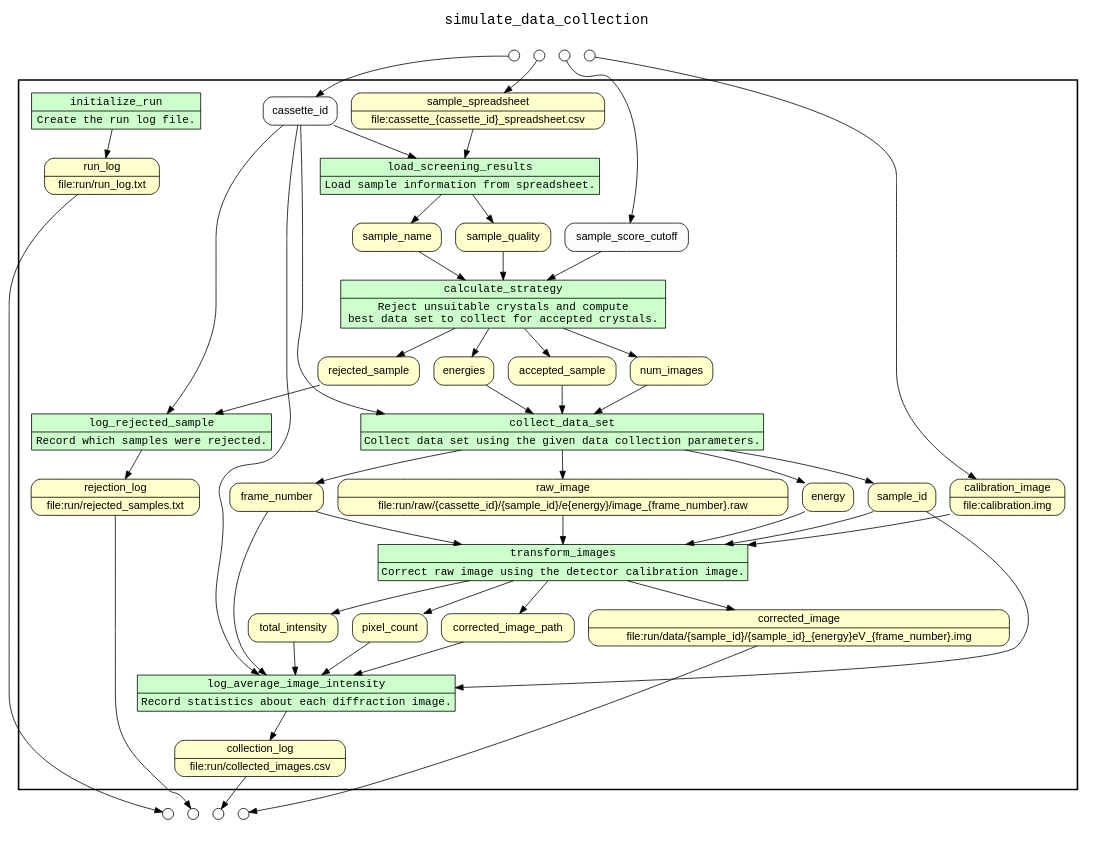
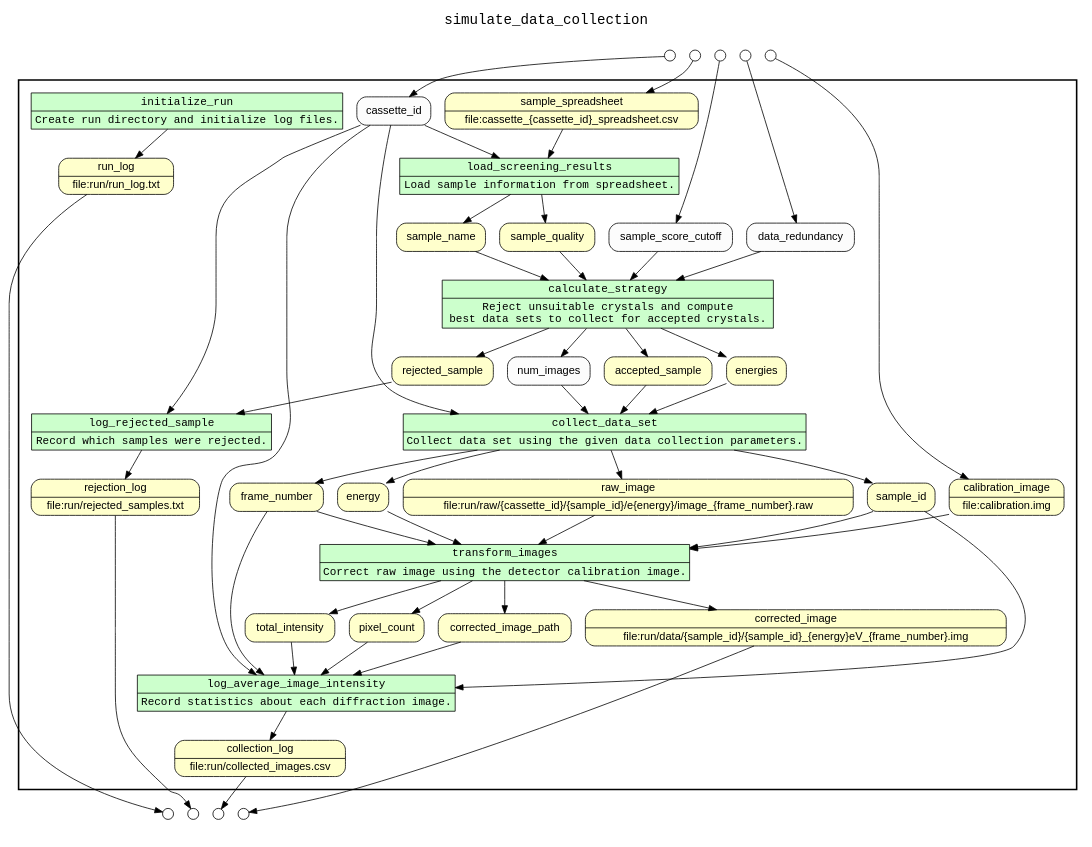
Before and after one commit to yesworkflow-org/yw-prototypes: the diagram in src/main/resources/examples/simulate_data_collection/yw/combined.gv, drawn with Graphviz. The commit also changed 145 other files, not shown here.

```diff
--- a/src/main/resources/examples/simulate_data_collection/yw/combined.gv
+++ b/src/main/resources/examples/simulate_data_collection/yw/combined.gv
@@ -1,146 +1,150 @@
 
 /* Start of top-level graph */
 digraph Workflow {
 rankdir=TB
 
 /* Title for graph */
 fontname=Courier; fontsize=18; labelloc=t
 label=simulate_data_collection
 
 /* Start of double cluster for drawing box around nodes in workflow */
 subgraph cluster_workflow_box_outer { label=""; color=black; penwidth=2
 subgraph cluster_workflow_box_inner { label=""; color=white
 
 /* Style for nodes representing atomic programs in workflow */
 node[shape=box style=filled fillcolor="#CCFFCC" peripheries=1 fontname=Courier]
 
 /* Nodes representing atomic programs in workflow */
-initialize_run [shape=record rankdir=LR label="{<f0> initialize_run |<f1> Create the run log file.}"];
+initialize_run [shape=record rankdir=LR label="{<f0> initialize_run |<f1> Create run directory and initialize log files.}"];
 load_screening_results [shape=record rankdir=LR label="{<f0> load_screening_results |<f1> Load sample information from spreadsheet.}"];
-calculate_strategy [shape=record rankdir=LR label="{<f0> calculate_strategy |<f1> Reject unsuitable crystals and compute \n best data set to collect for accepted crystals.}"];
+calculate_strategy [shape=record rankdir=LR label="{<f0> calculate_strategy |<f1> Reject unsuitable crystals and compute \n best data sets to collect for accepted crystals.}"];
 log_rejected_sample [shape=record rankdir=LR label="{<f0> log_rejected_sample |<f1> Record which samples were rejected.}"];
 collect_data_set [shape=record rankdir=LR label="{<f0> collect_data_set |<f1> Collect data set using the given data collection parameters.}"];
 transform_images [shape=record rankdir=LR label="{<f0> transform_images |<f1> Correct raw image using the detector calibration image.}"];
 log_average_image_intensity [shape=record rankdir=LR label="{<f0> log_average_image_intensity |<f1> Record statistics about each diffraction image.}"];
 
 /* Style for nodes representing non-parameter data channels in workflow */
 node[shape=box style="rounded,filled" fillcolor="#FFFFCC" peripheries=1 fontname=Helvetica]
 
 /* Nodes for non-parameter data channels in workflow */
 corrected_image [shape=record rankdir=LR label="{<f0> corrected_image |<f1> file\:run/data/\{sample_id\}/\{sample_id\}_\{energy\}eV_\{frame_number\}.img}"];
 run_log [shape=record rankdir=LR label="{<f0> run_log |<f1> file\:run/run_log.txt}"];
 collection_log [shape=record rankdir=LR label="{<f0> collection_log |<f1> file\:run/collected_images.csv}"];
 rejection_log [shape=record rankdir=LR label="{<f0> rejection_log |<f1> file\:run/rejected_samples.txt}"];
 sample_spreadsheet [shape=record rankdir=LR label="{<f0> sample_spreadsheet |<f1> file\:cassette_\{cassette_id\}_spreadsheet.csv}"];
 sample_name
 sample_quality
 rejected_sample
 accepted_sample
-num_images
 energies
 sample_id
 energy
 frame_number
 raw_image [shape=record rankdir=LR label="{<f0> raw_image |<f1> file\:run/raw/\{cassette_id\}/\{sample_id\}/e\{energy\}/image_\{frame_number\}.raw}"];
 calibration_image [shape=record rankdir=LR label="{<f0> calibration_image |<f1> file\:calibration.img}"];
 corrected_image_path
 total_intensity
 pixel_count
 
 /* Style for nodes representing parameter channels in workflow */
 node[shape=box style="rounded,filled" fillcolor="#FCFCFC" peripheries=1 fontname=Helvetica]
 
 /* Nodes representing parameter channels in workflow */
 cassette_id
 sample_score_cutoff
+data_redundancy
+num_images
 
 /* Edges representing connections between programs and channels */
 initialize_run -> run_log
 load_screening_results -> sample_name
 load_screening_results -> sample_quality
 cassette_id -> load_screening_results
 sample_spreadsheet -> load_screening_results
 calculate_strategy -> accepted_sample
 calculate_strategy -> rejected_sample
 calculate_strategy -> num_images
 calculate_strategy -> energies
 sample_score_cutoff -> calculate_strategy
+data_redundancy -> calculate_strategy
 sample_name -> calculate_strategy
 sample_quality -> calculate_strategy
 log_rejected_sample -> rejection_log
 cassette_id -> log_rejected_sample
 rejected_sample -> log_rejected_sample
 collect_data_set -> sample_id
 collect_data_set -> energy
 collect_data_set -> frame_number
 collect_data_set -> raw_image
 cassette_id -> collect_data_set
+num_images -> collect_data_set
 accepted_sample -> collect_data_set
-num_images -> collect_data_set
 energies -> collect_data_set
 transform_images -> corrected_image
 transform_images -> corrected_image_path
 transform_images -> total_intensity
 transform_images -> pixel_count
 sample_id -> transform_images
 energy -> transform_images
 frame_number -> transform_images
 raw_image -> transform_images
 calibration_image -> transform_images
 log_average_image_intensity -> collection_log
 cassette_id -> log_average_image_intensity
 sample_id -> log_average_image_intensity
 frame_number -> log_average_image_intensity
 corrected_image_path -> log_average_image_intensity
 total_intensity -> log_average_image_intensity
 pixel_count -> log_average_image_intensity
 
 /* End of double cluster for drawing box around nodes in workflow */
 }}
 
 /* Hidden double-cluster for grouping workflow input ports */
 subgraph cluster_input_ports_group_outer { label=""; color=white
 subgraph cluster_input_ports_group_inner { label=""; color=white
 
 /* Style for nodes representing workflow input ports */
 node[shape=circle style="rounded,filled" fillcolor="#FFFFFF" peripheries=1 fontname=Helvetica width=0.2]
 
 /* Nodes representing workflow input ports */
 cassette_id_input_port [label=""]
 sample_score_cutoff_input_port [label=""]
+data_redundancy_input_port [label=""]
 sample_spreadsheet_input_port [label=""]
 calibration_image_input_port [label=""]
 
 /* End of double-cluster for grouping workflow input ports */
 }}
 
 /* Hidden double-cluster for grouping workflow output ports */
 subgraph cluster_output_ports_group_outer { label=""; color=white
 subgraph cluster_output_ports_group_inner { label=""; color=white
 
 /* Style for nodes representing workflow output ports */
 node[shape=circle style="rounded,filled" fillcolor="#FFFFFF" peripheries=1 fontname=Helvetica width=0.2]
 
 /* Nodes representing workflow output ports */
 corrected_image_output_port [label=""]
 run_log_output_port [label=""]
 collection_log_output_port [label=""]
 rejection_log_output_port [label=""]
 
 /* End of double-cluster for grouping workflow output ports */
 }}
 
 /* Edges from input ports to channels */
 cassette_id_input_port -> cassette_id
 sample_score_cutoff_input_port -> sample_score_cutoff
+data_redundancy_input_port -> data_redundancy
 sample_spreadsheet_input_port -> sample_spreadsheet
 calibration_image_input_port -> calibration_image
 
 /* Edges from channels to output ports */
 corrected_image -> corrected_image_output_port
 run_log -> run_log_output_port
 collection_log -> collection_log_output_port
 rejection_log -> rejection_log_output_port
 
 /* End of top-level graph */
 }
```
